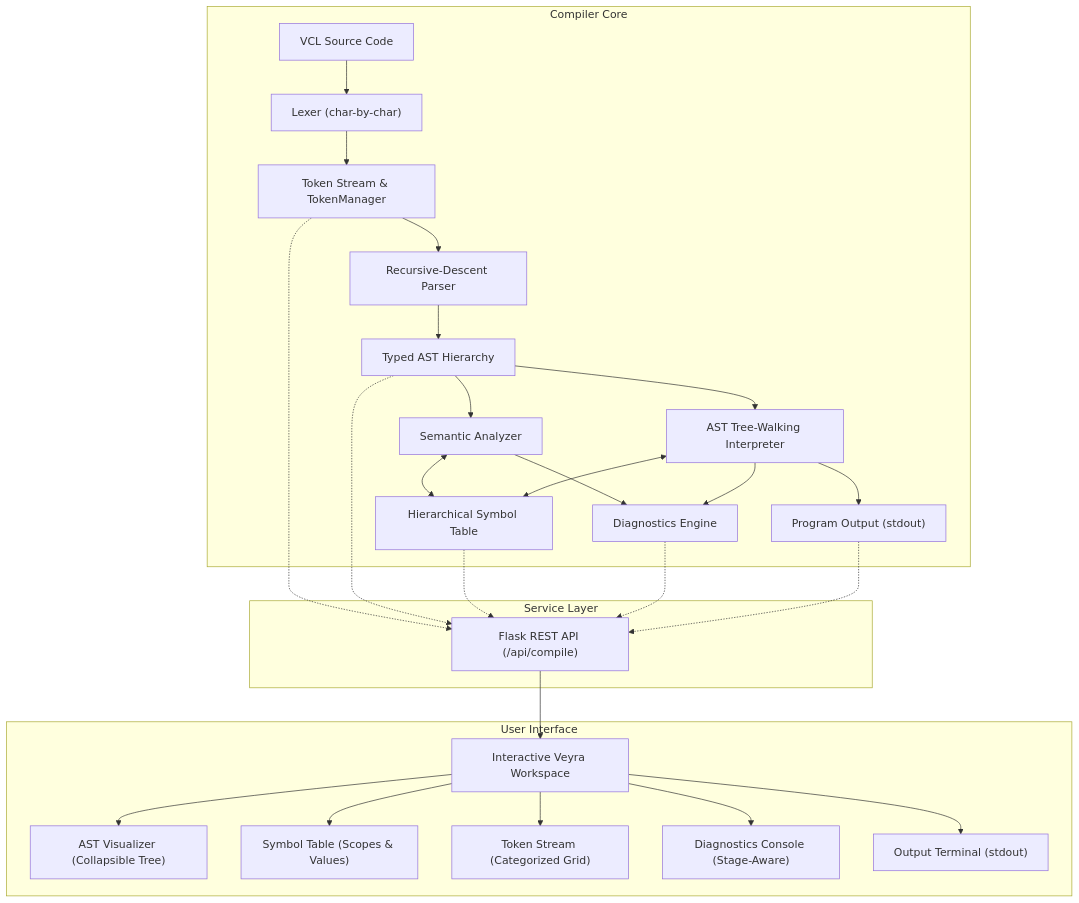
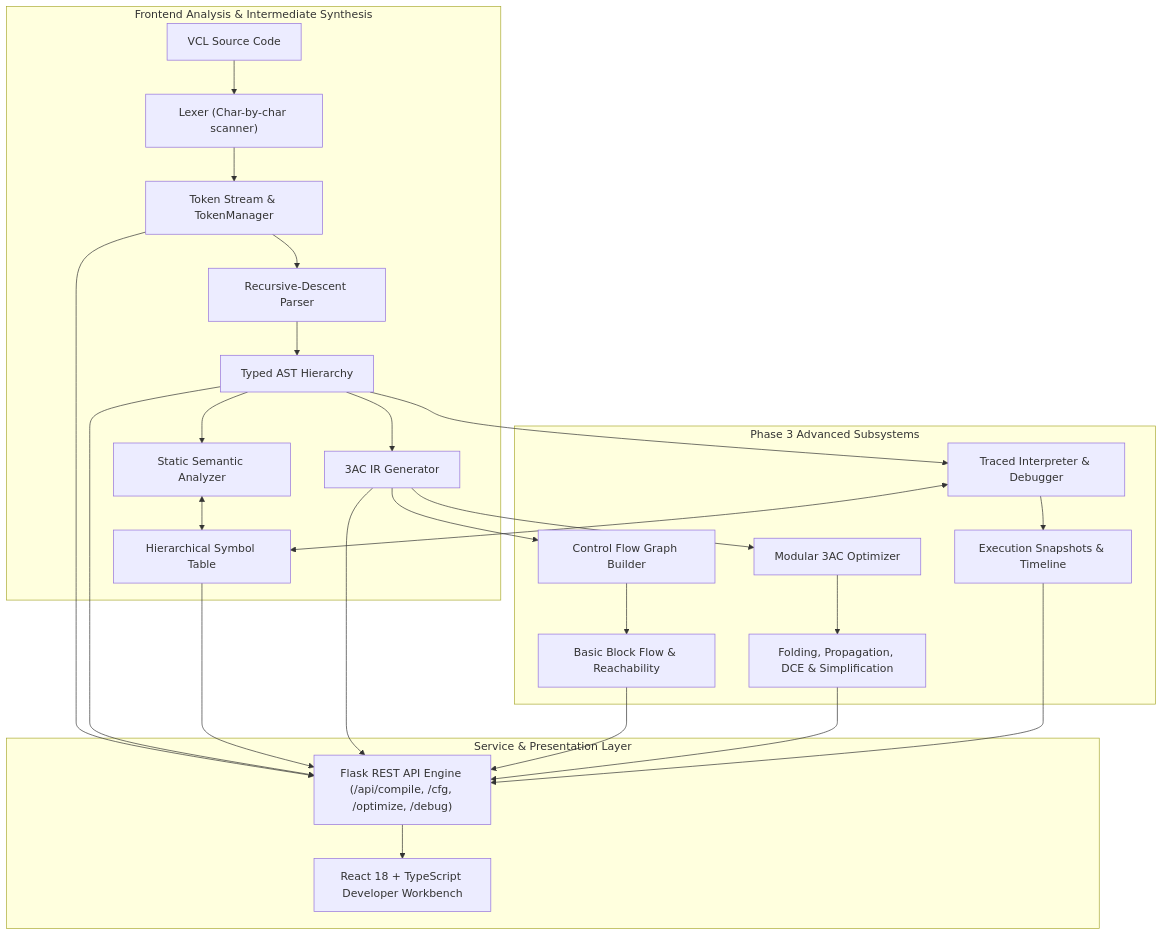
The diagram in README.md (Pranay-Kumar-02/veyra-visual-compiler), drawn with Mermaid before and after one commit. The commit also changed other lines of this file and 17 other files, not shown here.

````diff
--- a/README.md
+++ b/README.md
@@ -142,33 +54,27 @@
 ```mermaid
 graph TD
-    subgraph Compiler Core
-        A["VCL Source Code"] --> B["Lexer (char-by-char)"]
+    subgraph Frontend Analysis & Intermediate Synthesis
+        A["VCL Source Code"] --> B["Lexer (Char-by-char scanner)"]
         B --> C["Token Stream & TokenManager"]
         C --> D["Recursive-Descent Parser"]
         D --> E["Typed AST Hierarchy"]
-        E --> F["Semantic Analyzer"]
+        E --> F["Static Semantic Analyzer"]
         F <--> G["Hierarchical Symbol Table"]
-        F --> H["Diagnostics Engine"]
-        E --> I["AST Tree-Walking Interpreter"]
-        I <--> G
-        I --> J["Program Output (stdout)"]
-        I --> H
+        E --> H["3AC IR Generator"]
     end
 
-    subgraph Service Layer
-        C -.-> K["Flask REST API (/api/compile)"]
-        E -.-> K
-        G -.-> K
-        H -.-> K
-        J -.-> K
+    subgraph Phase 3 Advanced Subsystems
+        H --> I["Control Flow Graph Builder"]
+        I --> J["Basic Block Flow & Reachability"]
+        H --> K["Modular 3AC Optimizer"]
+        K --> L["Folding, Propagation, DCE & Simplification"]
+        E --> M["Traced Interpreter & Debugger"]
+        M <--> G
+        M --> N["Execution Snapshots & Timeline"]
     end
 
-    subgraph User Interface
-        K --> L["Interactive Veyra Workspace"]
-        L --> M["AST Visualizer (Collapsible Tree)"]
-        L --> N["Symbol Table (Scopes & Values)"]
-        L --> O["Token Stream (Categorized Grid)"]
-        L --> P["Diagnostics Console (Stage-Aware)"]
-        L --> Q["Output Terminal (stdout)"]
+    subgraph Service & Presentation Layer
+        C & E & G & H & J & L & N --> O["Flask REST API Engine (/api/compile, /cfg, /optimize, /debug)"]
+        O --> P["React 18 + TypeScript Developer Workbench"]
     end
 ```
````
